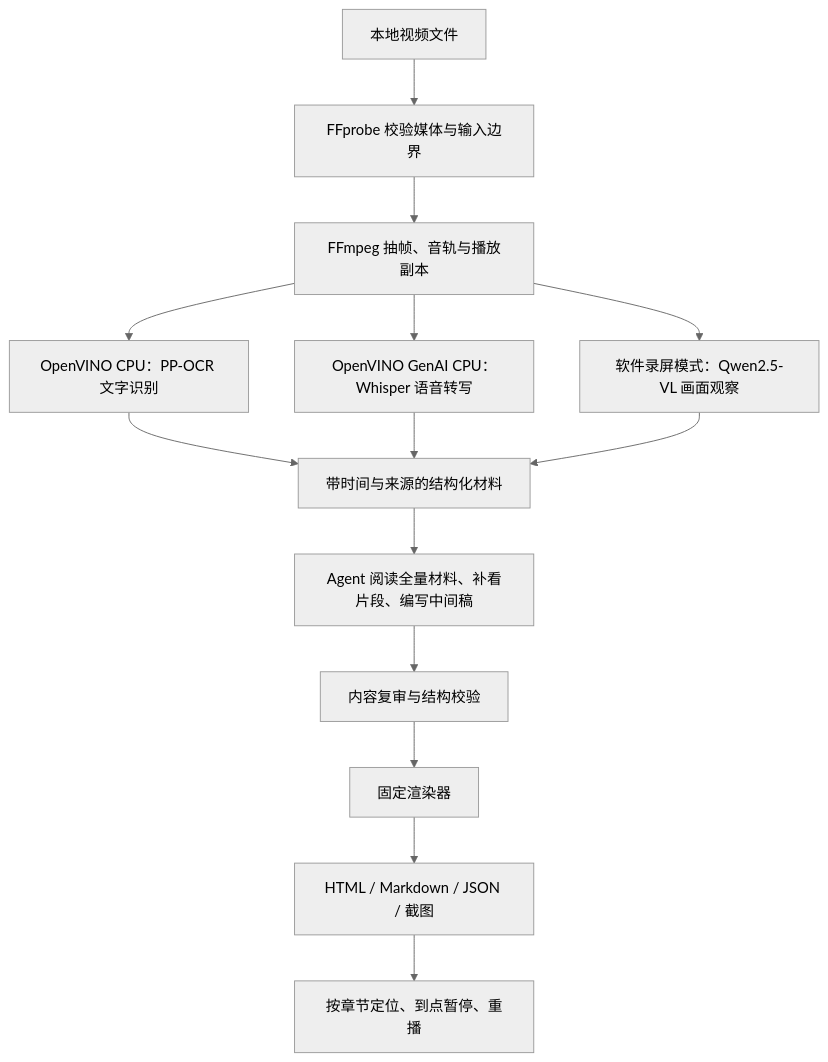
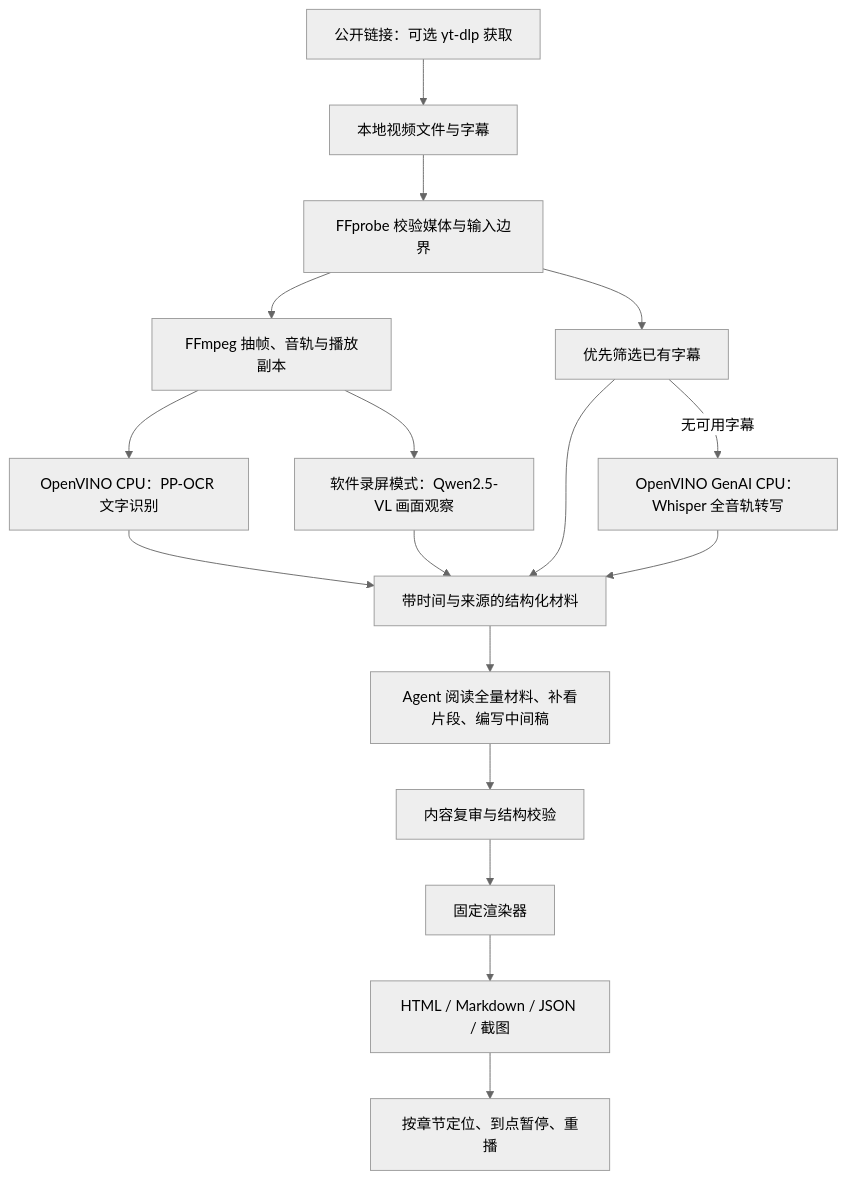
One commit to Andonis75/screen-to-guide changed the diagram in docs/technical-design.md. Above: the diagram before and after it, drawn with Mermaid (neutral theme). The commit also changed other lines of this file and 17 other files, not shown here.

````diff
--- a/docs/technical-design.md
+++ b/docs/technical-design.md
@@ -11,16 +11,19 @@
 ```mermaid
 flowchart TD
-    A[本地视频文件] --> B[FFprobe 校验媒体与输入边界]
+    U[公开链接：可选 yt-dlp 获取] --> A[本地视频文件与字幕]
+    A --> B[FFprobe 校验媒体与输入边界]
     B --> C[FFmpeg 抽帧、音轨与播放副本]
     C --> D[OpenVINO CPU：PP-OCR 文字识别]
-    C --> E[OpenVINO GenAI CPU：Whisper 语音转写]
+    B --> S[优先筛选已有字幕]
+    S --> G[带时间与来源的结构化材料]
+    S -->|无可用字幕| E[OpenVINO GenAI CPU：Whisper 全音轨转写]
     C --> F[软件录屏模式：Qwen2.5-VL 画面观察]
-    D --> G[带时间与来源的结构化材料]
+    D --> G
     E --> G
     F --> G
     G --> H[Agent 阅读全量材料、补看片段、编写中间稿]
     H --> I[内容复审与结构校验]
     I --> J[固定渲染器]
     J --> K[HTML / Markdown / JSON / 截图]
     K --> L[按章节定位、到点暂停、重播]
 ```
````
